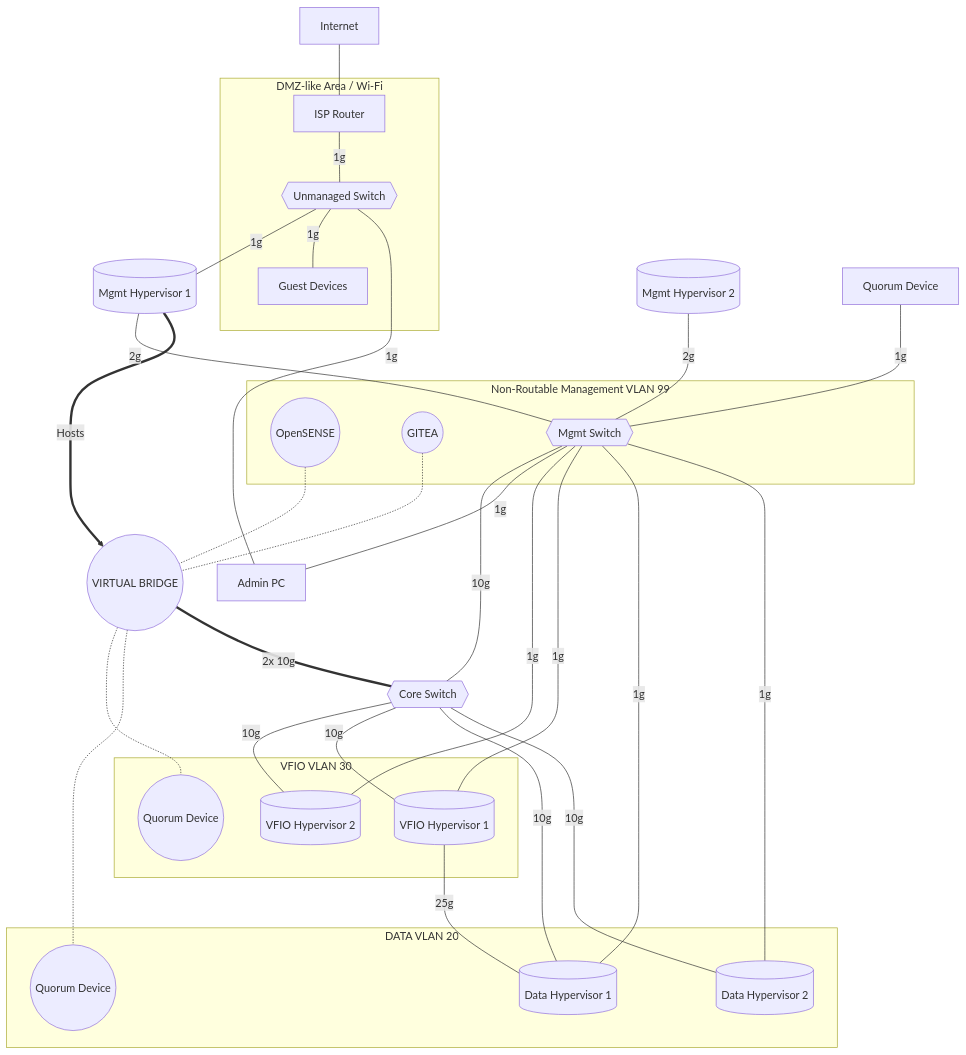
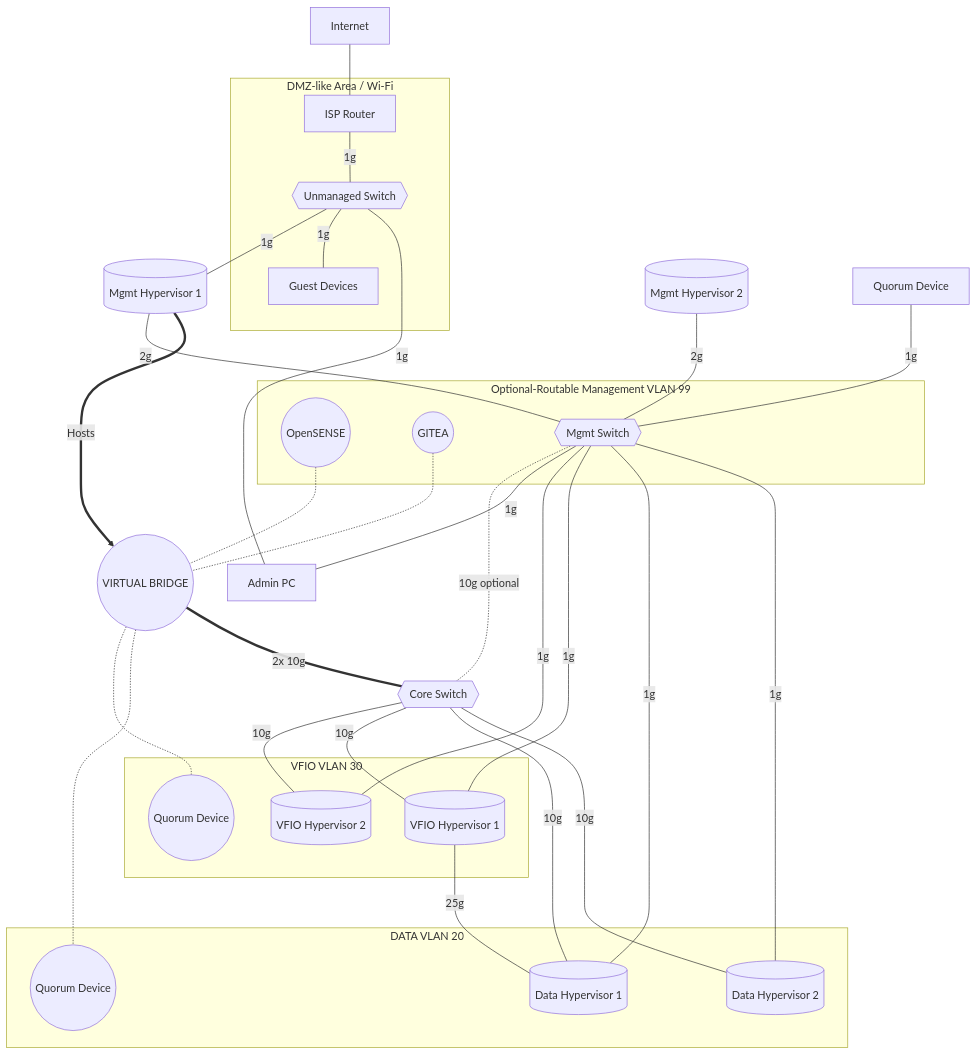
Before and after one commit to woeiru/lab: the diagram in arc/net1.md, drawn with Mermaid.

Commit message:
arc/net1.md: update VLAN descriptions

````diff
--- a/arc/net1.md
+++ b/arc/net1.md
@@ -3,48 +3,48 @@
 ```mermaid
 graph TD
     INT[Internet] --- ISPR[ISP Router]
     ISPR ---|1g| US
     US{{Unmanaged Switch}} ---|1g| MH1
     OPN((OpenSENSE)) -.- VB((VIRTUAL BRIDGE))
     GIT((GITEA)) -.- VB
     VB -.- QDV((Quorum Device))
     VB -.- QDD((Quorum Device))
     VB ===|2x 10g| CS{{Core Switch}}
     MH1[(Mgmt Hypervisor 1)] ---|2g| MS{{Mgmt Switch}}
     MH2[(Mgmt Hypervisor 2)] ---|2g| MS
     QDM[Quorum Device] ---|1g| MS
-    MS ---|10g| CS
+    MS -.-|10g optional| CS
     MS ---|1g| APC[Admin PC]
     APC ---|1g| US
     MH1 ==>|Hosts| VB
     CS ---|10g| VH2[(VFIO Hypervisor 2)]
     MS ---|1g| VH2
     US ---|1g| GD[Guest Devices]
     CS ---|10g| VH1[(VFIO Hypervisor 1)]
     MS ---|1g| VH1
     CS ---|10g| DH1[(Data Hypervisor 1)]
     MS ---|1g| DH1
     CS ---|10g| DH2[(Data Hypervisor 2)]
     MS ---|1g| DH2
     VH1 ---|25g| DH1
     subgraph VLAN20 [DATA VLAN 20]
         DH1
         DH2
         QDD
     end
     subgraph VLAN30 [VFIO VLAN 30]
         VH1
         VH2
         QDV
     end
-    subgraph VLAN99 [Non-Routable Management VLAN 99]
+    subgraph VLAN99 [Optional-Routable Management VLAN 99]
         MS
         OPN
         GIT
     end
     subgraph DMZ [DMZ-like Area / Wi-Fi]
         ISPR
         GD
         US
     end
 ```
````
